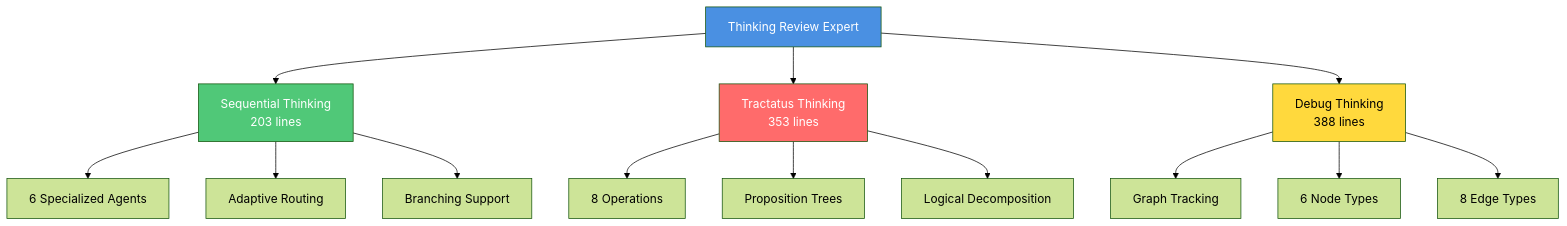
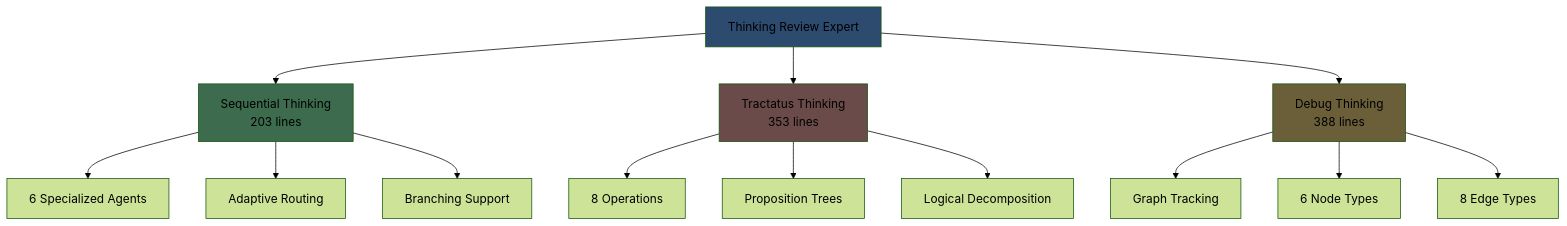
Before and after one commit to Alot1z/thinking-review-expert: the third of 3 diagrams in README.md, drawn with Mermaid (forest theme). The commit also changed other lines of this file, not shown here.

Commit message:
fix: darker mermaid colors for GitHub dark theme, remove emoji from titles, add GitHub Pages link

````diff
--- a/README.md
+++ b/README.md
@@ -170,23 +171,23 @@
 ```mermaid
 graph TB
     Root[Thinking Review Expert] --> Sequential[Sequential Thinking<br/>203 lines]
     Root --> Tractatus[Tractatus Thinking<br/>353 lines]
     Root --> Debug[Debug Thinking<br/>388 lines]
     
     Sequential --> S1[6 Specialized Agents]
     Sequential --> S2[Adaptive Routing]
     Sequential --> S3[Branching Support]
     
     Tractatus --> T1[8 Operations]
     Tractatus --> T2[Proposition Trees]
     Tractatus --> T3[Logical Decomposition]
     
     Debug --> D1[Graph Tracking]
     Debug --> D2[6 Node Types]
     Debug --> D3[8 Edge Types]
     
-    style Root fill:#4A90E2,color:#fff
-    style Sequential fill:#50C878,color:#fff
-    style Tractatus fill:#FF6B6B,color:#fff
-    style Debug fill:#FFD93D,color:#000
+    style Root fill:#2d4a6f
+    style Sequential fill:#3d6b4e
+    style Tractatus fill:#6b4a4a
+    style Debug fill:#6b5f3a
 ```
````
